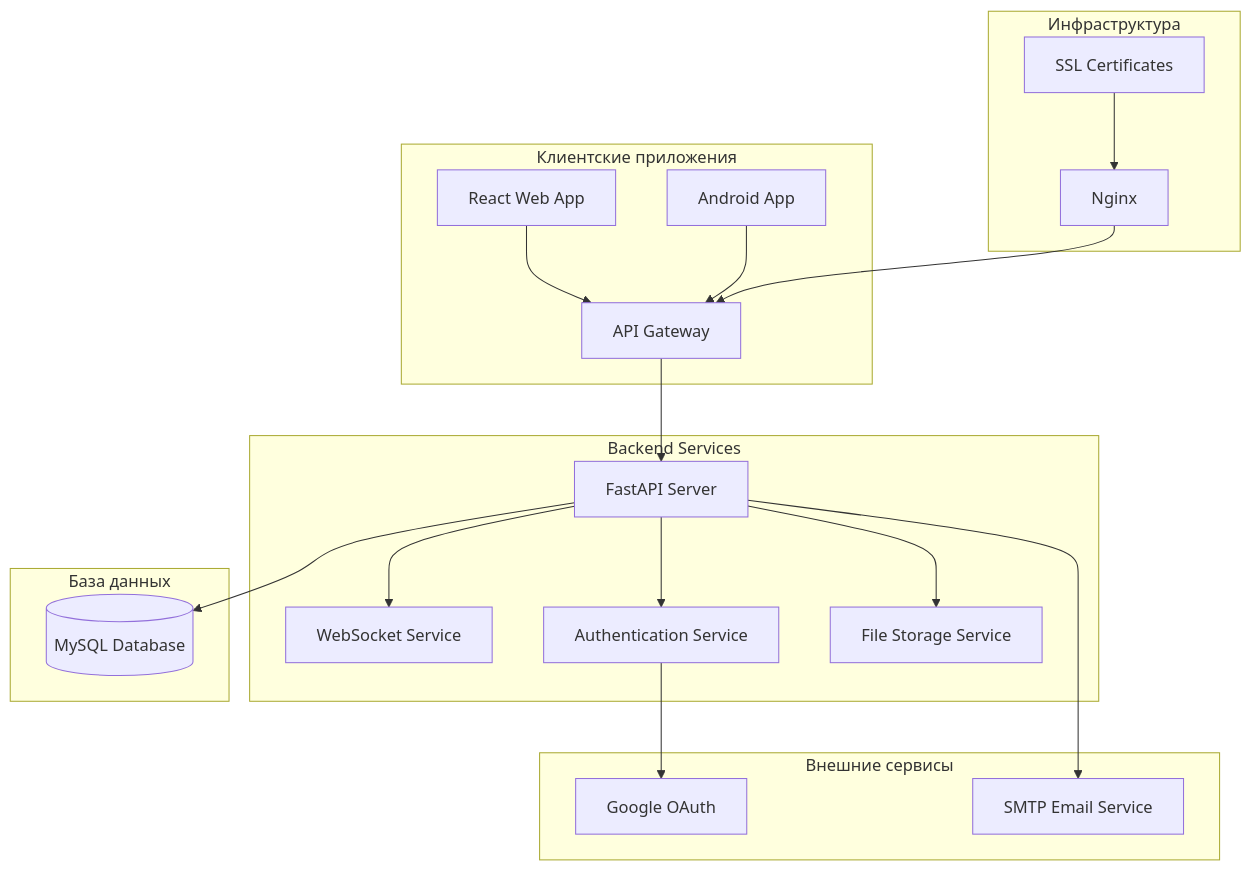
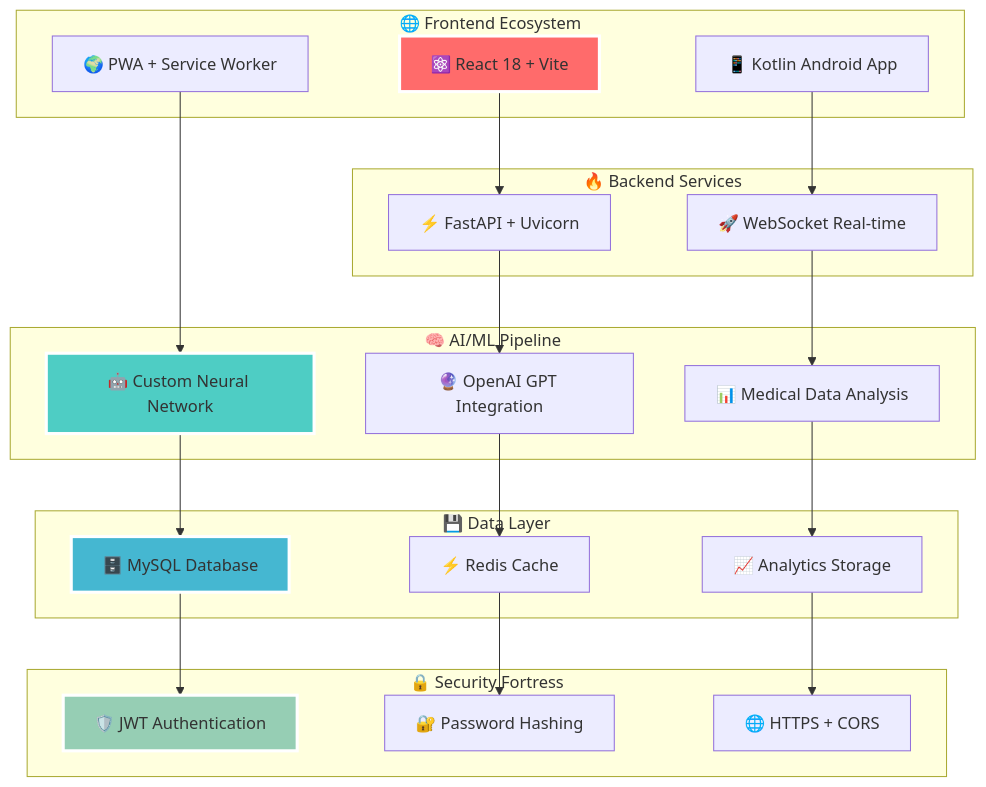
Before and after one commit to scrollDynasty/vrachiAP: the first of 2 diagrams in README.md, drawn with Mermaid. The commit also changed other lines of this file, not shown here.

````diff
--- a/README.md
+++ b/README.md
@@ -215,28 +121,48 @@
 ```mermaid
 graph TB
-    subgraph "Клиентские приложения"
-        A[React Web App] --> D[API Gateway]
-        B[Android App] --> D
+    subgraph "🌐 Frontend Ecosystem"
+        A[⚛️ React 18 + Vite]
+        B[📱 Kotlin Android App]
+        C[🌍 PWA + Service Worker]
     end
     
-    subgraph "Backend Services"
-        D --> E[FastAPI Server]
-        E --> F[WebSocket Service]
-        E --> G[Authentication Service]
-        E --> H[File Storage Service]
+    subgraph "🔥 Backend Services"
+        D[⚡ FastAPI + Uvicorn]
+        E[🚀 WebSocket Real-time]
     end
     
-    subgraph "База данных"
-        E --> I[(MySQL Database)]
+    subgraph "🧠 AI/ML Pipeline"
+        F[🤖 Custom Neural Network]
+        G[🔮 OpenAI GPT Integration]
+        H[📊 Medical Data Analysis]
     end
     
-    subgraph "Внешние сервисы"
-        G --> J[Google OAuth]
-        E --> K[SMTP Email Service]
+    subgraph "💾 Data Layer"
+        I[🗄️ MySQL Database]
+        J[⚡ Redis Cache]
+        K[📈 Analytics Storage]
     end
     
-    subgraph "Инфраструктура"
-        L[Nginx] --> D
-        M[SSL Certificates] --> L
+    subgraph "🔒 Security Fortress"
+        L[🛡️ JWT Authentication]
+        M[🔐 Password Hashing]
+        N[🌐 HTTPS + CORS]
     end
+    
+    A --> D
+    B --> E
+    C --> F
+    D --> G
+    E --> H
+    F --> I
+    G --> J
+    H --> K
+    I --> L
+    J --> M
+    K --> N
+    
+    style A fill:#ff6b6b,stroke:#fff,stroke-width:3px
+    style F fill:#4ecdc4,stroke:#fff,stroke-width:3px
+    style I fill:#45b7d1,stroke:#fff,stroke-width:3px
+    style L fill:#96ceb4,stroke:#fff,stroke-width:3px
 ```
````
